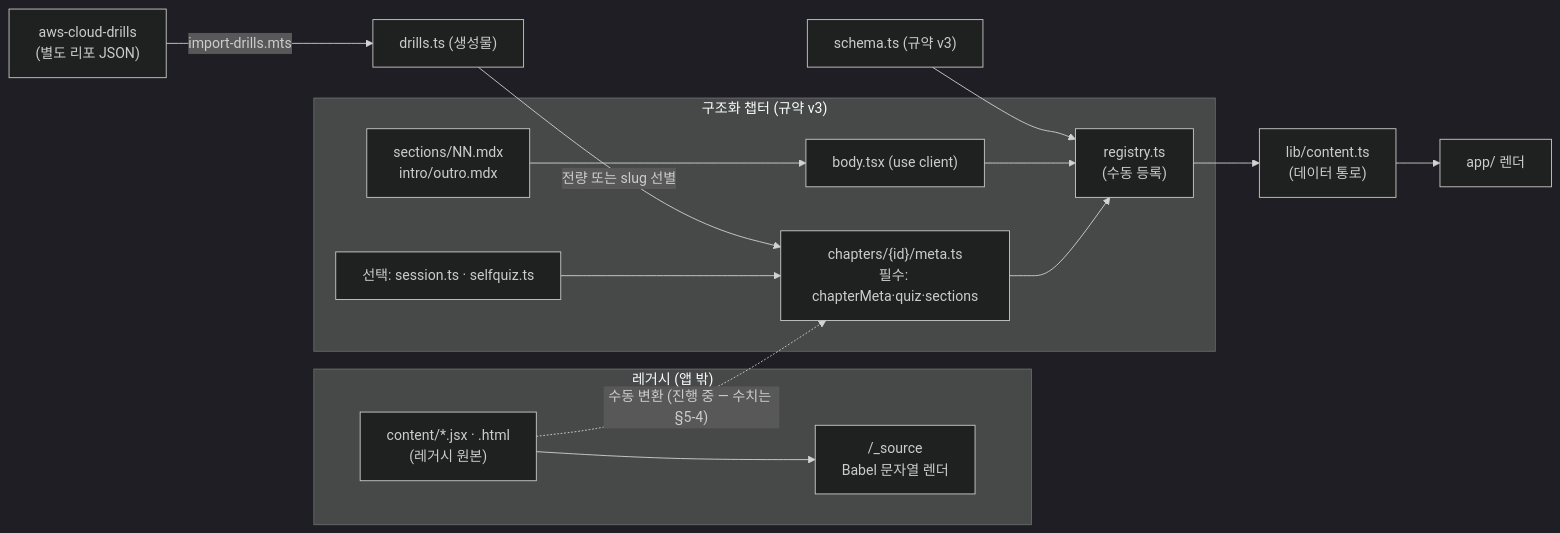
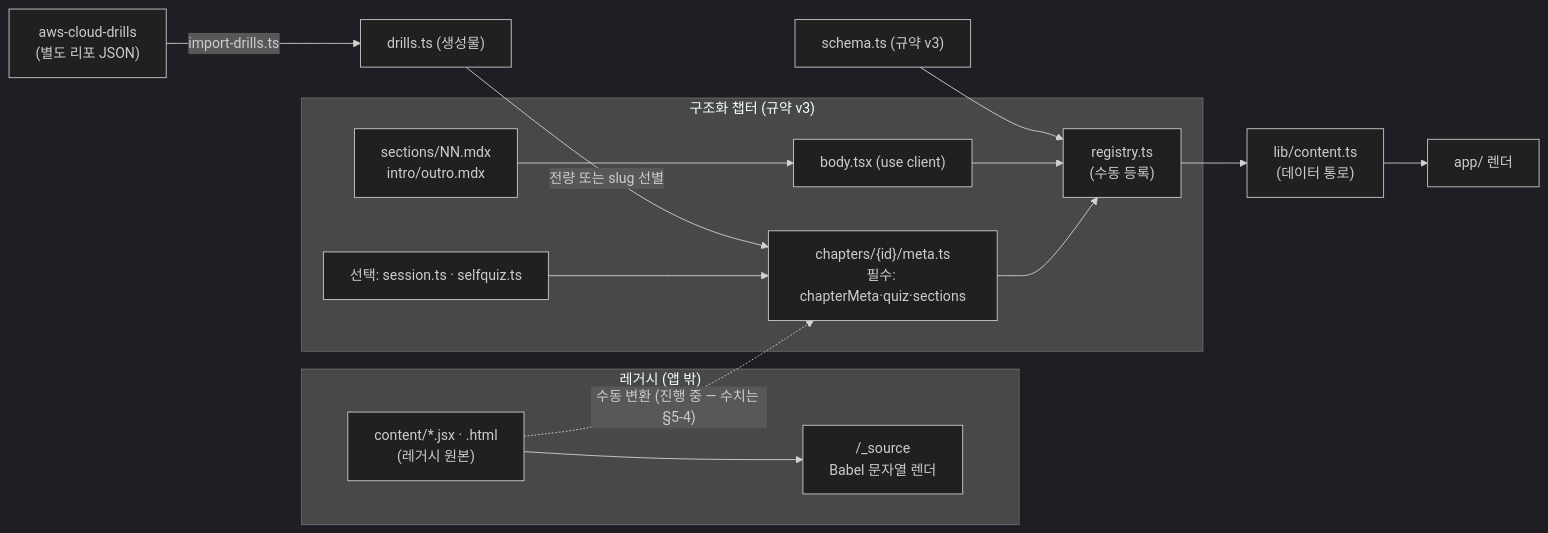
One commit to padahkim/aws-reps changed the third of 4 diagrams in docs/ARCHITECTURE.md. Above: the diagram before and after it, drawn with Mermaid (dark theme). The commit also changed other lines of this file and 16 other files, not shown here.

````diff
--- a/docs/ARCHITECTURE.md
+++ b/docs/ARCHITECTURE.md
@@ -197,25 +197,25 @@
 ```mermaid
 flowchart LR
   subgraph legacy["레거시 (앱 밖)"]
     jsx["content/*.jsx · .html<br/>(레거시 원본)"] --> src["/_source<br/>Babel 문자열 렌더"]
   end
 
   subgraph structured["구조화 챕터 (규약 v3)"]
     meta["chapters/{id}/meta.ts<br/>필수: chapterMeta·quiz·sections"]
     opt["선택: session.ts · selfquiz.ts"]
     mdx["sections/NN.mdx<br/>intro/outro.mdx"]
     bodytsx["body.tsx (use client)"]
     opt --> meta
     meta --> reg
     bodytsx --> reg
   end
 
-  drillsrc["aws-cloud-drills<br/>(별도 리포 JSON)"] -->|"import-drills.mts"| drills["drills.ts (생성물)"]
+  drillsrc["aws-cloud-drills<br/>(별도 리포 JSON)"] -->|"import-drills.ts"| drills["drills.ts (생성물)"]
   drills -->|"전량 또는 slug 선별"| meta
 
   jsx -.->|"수동 변환 (진행 중 — 수치는 §5-4)"| meta
   reg["registry.ts<br/>(수동 등록)"] --> libc["lib/content.ts<br/>(데이터 통로)"]
   schema["schema.ts (규약 v3)"] --> reg
   libc --> app["app/ 렌더"]
   mdx --> bodytsx
 ```
````
